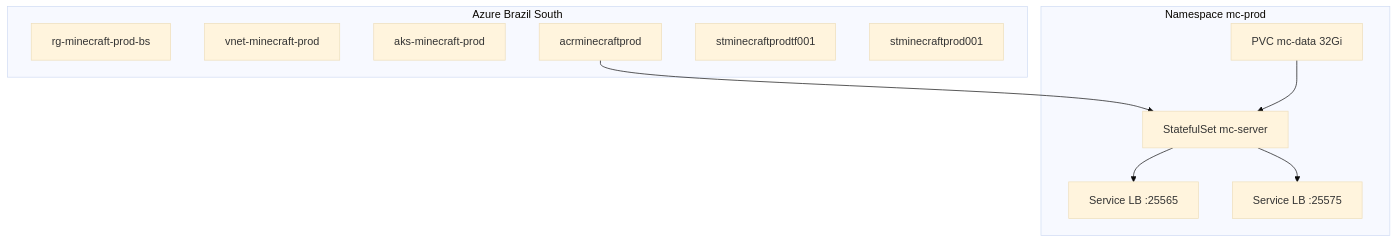
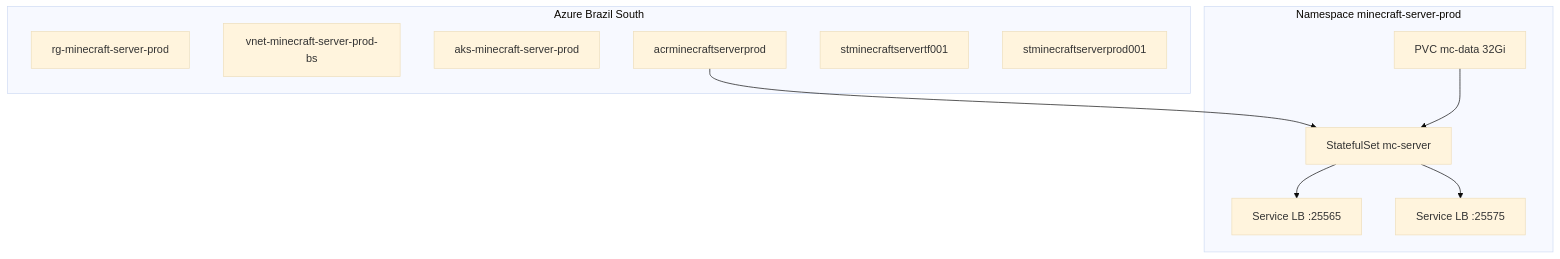
Before and after one commit to victorh-silveira/minecraft-core-server: the diagram in docs/azure.md, drawn with Mermaid (base theme). The commit also changed other lines of this file and 28 other files, not shown here.

First line of the commit message:
refactor(infra): padronizar nomenclatura minecraft-server-prod

````diff
--- a/docs/azure.md
+++ b/docs/azure.md
@@ -7,21 +7,21 @@
 ```mermaid
 flowchart TB
   subgraph azure [Azure Brazil South]
-    rg[rg-minecraft-prod-bs]
-    vnet[vnet-minecraft-prod]
-    aks[aks-minecraft-prod]
-    acr[acrminecraftprod]
-    st_tf[stminecraftprodtf001]
-    st_bk[stminecraftprod001]
+    rg[rg-minecraft-server-prod]
+    vnet[vnet-minecraft-server-prod-bs]
+    aks[aks-minecraft-server-prod]
+    acr[acrminecraftserverprod]
+    st_tf[stminecraftservertf001]
+    st_bk[stminecraftserverprod001]
   end
-  subgraph k8s [Namespace mc-prod]
+  subgraph k8s [Namespace minecraft-server-prod]
     sts[StatefulSet mc-server]
     pvc[PVC mc-data 32Gi]
     svcG[Service LB :25565]
     svcR[Service LB :25575]
   end
   acr --> sts
   pvc --> sts
   sts --> svcG
   sts --> svcR
 ```
````
